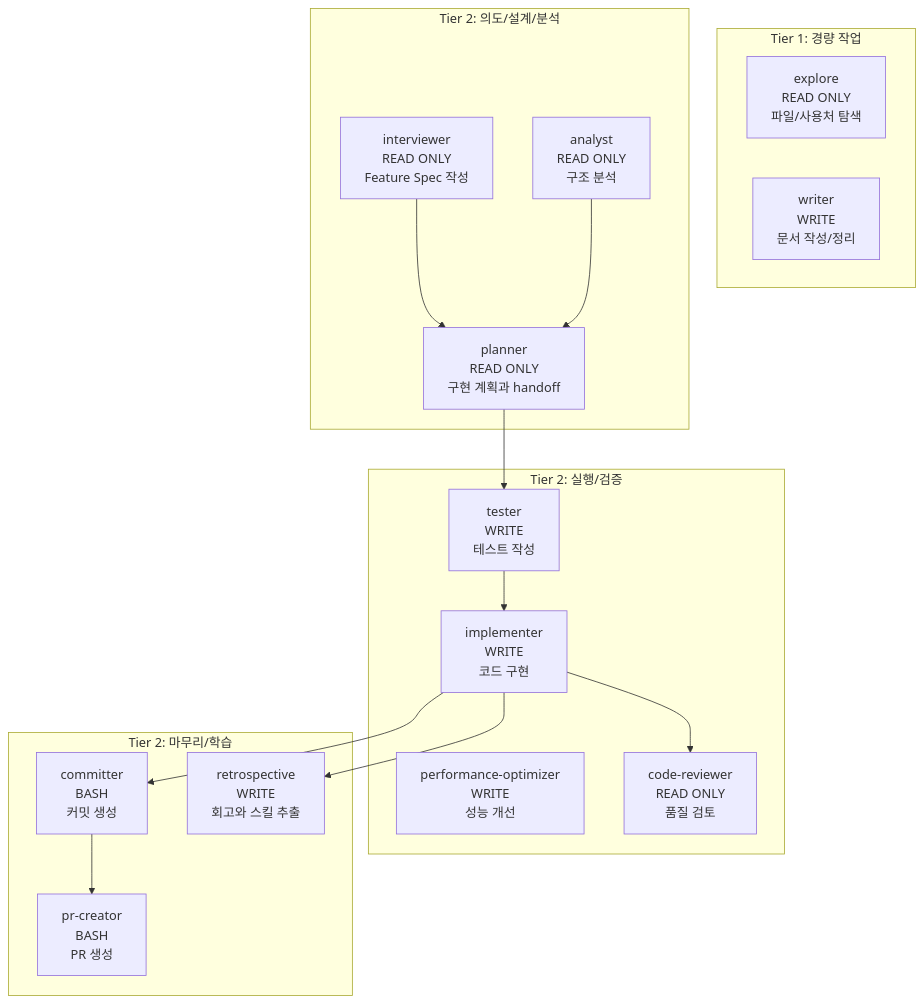
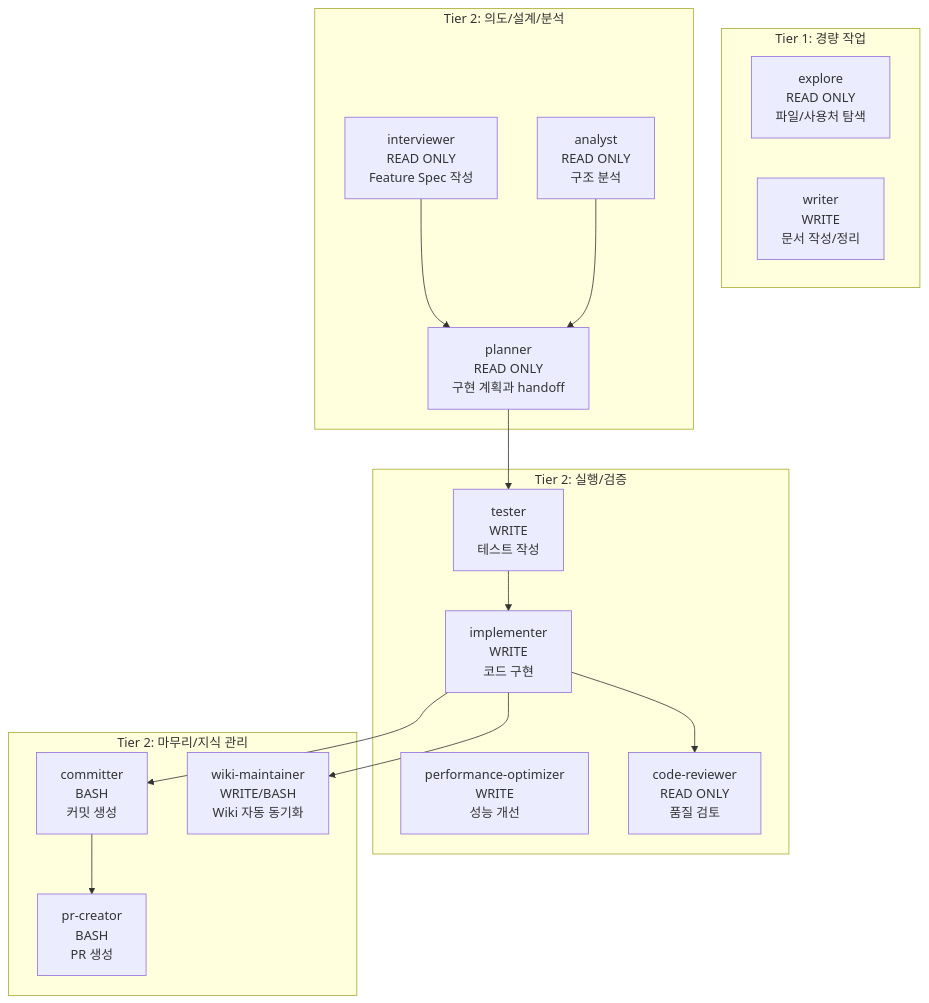
One commit to chanho0908/Keepiluv-Agent changed the fifth of 8 diagrams in README.md. Above: the diagram before and after it, drawn with Mermaid. The commit also changed other lines of this file and 30 other files, not shown here.

````diff
--- a/README.md
+++ b/README.md
@@ -116,35 +117,35 @@
 ```mermaid
 flowchart TB
     subgraph T1["Tier 1: 경량 작업"]
         EX["explore<br/>READ ONLY<br/>파일/사용처 탐색"]
         WR["writer<br/>WRITE<br/>문서 작성/정리"]
     end
 
     subgraph T2A["Tier 2: 의도/설계/분석"]
         IN["interviewer<br/>READ ONLY<br/>Feature Spec 작성"]
         AN["analyst<br/>READ ONLY<br/>구조 분석"]
         PL["planner<br/>READ ONLY<br/>구현 계획과 handoff"]
     end
 
     subgraph T2B["Tier 2: 실행/검증"]
         TE["tester<br/>WRITE<br/>테스트 작성"]
         IM["implementer<br/>WRITE<br/>코드 구현"]
         PO["performance-optimizer<br/>WRITE<br/>성능 개선"]
         CR["code-reviewer<br/>READ ONLY<br/>품질 검토"]
     end
 
-    subgraph T2C["Tier 2: 마무리/학습"]
+    subgraph T2C["Tier 2: 마무리/지식 관리"]
         CO["committer<br/>BASH<br/>커밋 생성"]
         PR["pr-creator<br/>BASH<br/>PR 생성"]
-        RE["retrospective<br/>WRITE<br/>회고와 스킬 추출"]
+        WM["wiki-maintainer<br/>WRITE/BASH<br/>Wiki 자동 동기화"]
     end
 
     IN --> PL
     AN --> PL
     PL --> TE
     TE --> IM
     IM --> CR
     IM --> CO
     CO --> PR
-    IM --> RE
+    IM --> WM
 ```
````
